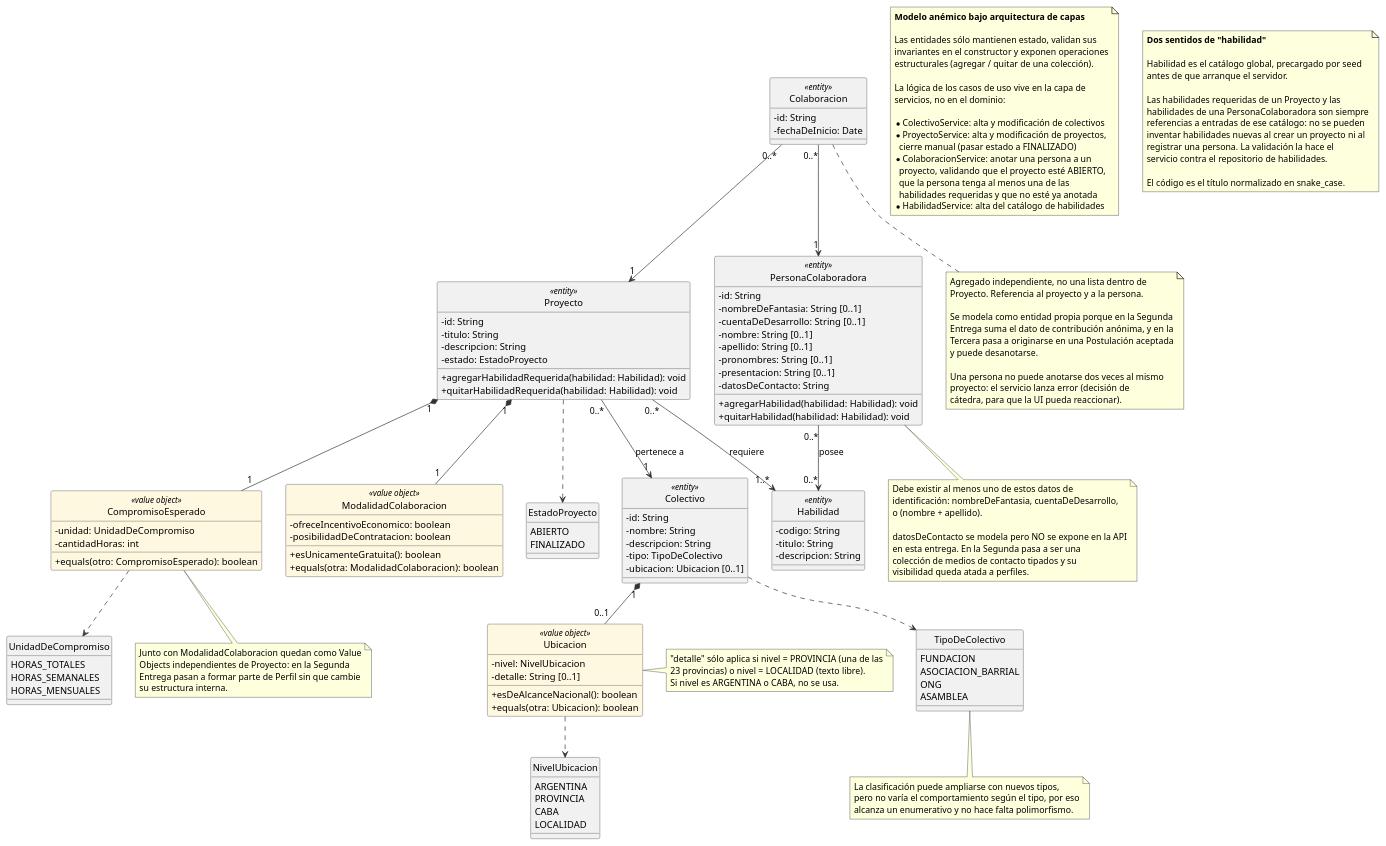
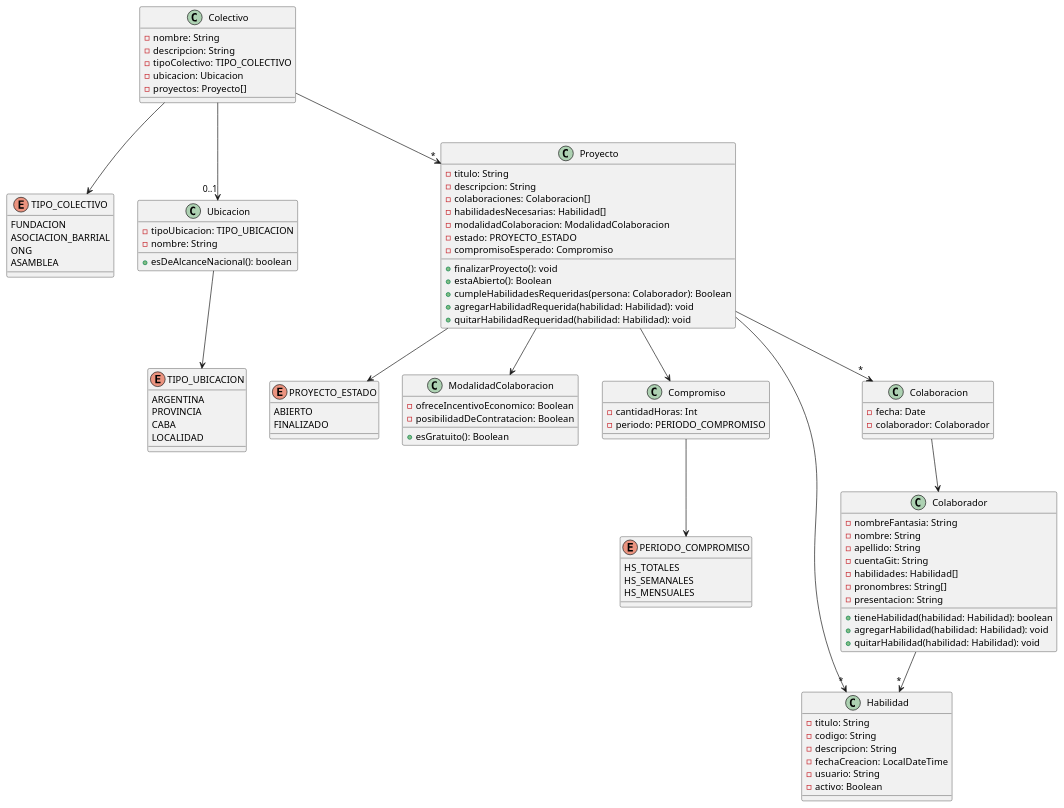
One commit to Mazzini123/tp-desarrollo-2c-2026 changed the diagram in docs/diagrama-de-clases.puml. Above: the diagram before and after it, drawn with PlantUML. The commit also changed 1 other file, not shown here.

Commit message:
Actualizar diagrama de clases (version de Lucio)

```diff
--- a/docs/diagrama-de-clases.puml
+++ b/docs/diagrama-de-clases.puml
@@ -1,194 +1,120 @@
-@startuml CodigoAVoluntad_DiagramaDeClases_Entrega1
-hide circle
-skinparam classAttributeIconSize 0
-skinparam shadowing false
-skinparam class {
-    BackgroundColor<<value object>> #FFF8E1
-    BorderColor #333333
-    ArrowColor #333333
+@startuml
+
+' ───────────────────────── Colectivo y Ubicación ─────────────────────────
+
+class Colectivo {
+  -nombre: String
+  -descripcion: String
+  -tipoColectivo: TIPO_COLECTIVO
+  -ubicacion: Ubicacion
+  -proyectos: Proyecto[]
 }
 
-class Colectivo <<entity>> {
-  - id: String
-  - nombre: String
-  - descripcion: String
-  - tipo: TipoDeColectivo
-  - ubicacion: Ubicacion [0..1]
-}
-
-class Proyecto <<entity>> {
-  - id: String
-  - titulo: String
-  - descripcion: String
-  - estado: EstadoProyecto
-  + agregarHabilidadRequerida(habilidad: Habilidad): void
-  + quitarHabilidadRequerida(habilidad: Habilidad): void
-}
-
-class Habilidad <<entity>> {
-  - codigo: String
-  - titulo: String
-  - descripcion: String
-}
-
-class PersonaColaboradora <<entity>> {
-  - id: String
-  - nombreDeFantasia: String [0..1]
-  - cuentaDeDesarrollo: String [0..1]
-  - nombre: String [0..1]
-  - apellido: String [0..1]
-  - pronombres: String [0..1]
-  - presentacion: String [0..1]
-  - datosDeContacto: String
-  + agregarHabilidad(habilidad: Habilidad): void
-  + quitarHabilidad(habilidad: Habilidad): void
-}
-
-class Colaboracion <<entity>> {
-  - id: String
-  - fechaDeInicio: Date
-}
-
-class Ubicacion <<value object>> {
-  - nivel: NivelUbicacion
-  - detalle: String [0..1]
-  + esDeAlcanceNacional(): boolean
-  + equals(otra: Ubicacion): boolean
-}
-
-class CompromisoEsperado <<value object>> {
-  - unidad: UnidadDeCompromiso
-  - cantidadHoras: int
-  + equals(otro: CompromisoEsperado): boolean
-}
-
-class ModalidadColaboracion <<value object>> {
-  - ofreceIncentivoEconomico: boolean
-  - posibilidadDeContratacion: boolean
-  + esUnicamenteGratuita(): boolean
-  + equals(otra: ModalidadColaboracion): boolean
-}
-
-enum TipoDeColectivo {
+enum TIPO_COLECTIVO {
   FUNDACION
   ASOCIACION_BARRIAL
   ONG
   ASAMBLEA
 }
 
-enum EstadoProyecto {
-  ABIERTO
-  FINALIZADO
+class Ubicacion {
+  -tipoUbicacion: TIPO_UBICACION
+  -nombre: String
+
+  +esDeAlcanceNacional(): boolean
 }
 
-enum NivelUbicacion {
+enum TIPO_UBICACION {
   ARGENTINA
   PROVINCIA
   CABA
   LOCALIDAD
 }
 
-enum UnidadDeCompromiso {
-  HORAS_TOTALES
-  HORAS_SEMANALES
-  HORAS_MENSUALES
+Colectivo --> TIPO_COLECTIVO
+Colectivo --> "*" Proyecto
+Colectivo --> "0..1" Ubicacion
+Ubicacion --> TIPO_UBICACION
+
+' ───────────────────────── Proyecto y Compromiso ─────────────────────────
+
+class Proyecto {
+  -titulo: String
+  -descripcion: String
+  -colaboraciones: Colaboracion[]
+  -habilidadesNecesarias: Habilidad[]
+  -modalidadColaboracion: ModalidadColaboracion
+  -estado: PROYECTO_ESTADO
+  -compromisoEsperado: Compromiso
+
+  +finalizarProyecto(): void
+  +estaAbierto(): Boolean
+  +cumpleHabilidadesRequeridas(persona: Colaborador): Boolean
+  +agregarHabilidadRequerida(habilidad: Habilidad): void
+  +quitarHabilidadRequeridad(habilidad: Habilidad): void
 }
 
-Colectivo "1" *-- "0..1" Ubicacion
-Colectivo ..> TipoDeColectivo
+enum PROYECTO_ESTADO {
+  ABIERTO
+  FINALIZADO
+}
 
-Proyecto "0..*" --> "1" Colectivo : pertenece a
-Proyecto "1" *-- "1" CompromisoEsperado
-Proyecto "1" *-- "1" ModalidadColaboracion
-Proyecto "0..*" --> "1..*" Habilidad : requiere
-Proyecto ..> EstadoProyecto
+class ModalidadColaboracion {
+  -ofreceIncentivoEconomico: Boolean
+  -posibilidadDeContratacion: Boolean
 
-Colaboracion "0..*" --> "1" Proyecto
-Colaboracion "0..*" --> "1" PersonaColaboradora
+  +esGratuito(): Boolean
+}
 
-PersonaColaboradora "0..*" --> "0..*" Habilidad : posee
+class Compromiso {
+  -cantidadHoras: Int
+  -periodo: PERIODO_COMPROMISO
+}
 
-Ubicacion ..> NivelUbicacion
-CompromisoEsperado ..> UnidadDeCompromiso
+enum PERIODO_COMPROMISO {
+  HS_TOTALES
+  HS_SEMANALES
+  HS_MENSUALES
+}
 
-note as N1
-  **Modelo anémico bajo arquitectura de capas**
+Proyecto --> PROYECTO_ESTADO
+Proyecto --> Compromiso
+Proyecto --> ModalidadColaboracion
+Compromiso --> PERIODO_COMPROMISO
 
-  Las entidades sólo mantienen estado, validan sus
-  invariantes en el constructor y exponen operaciones
-  estructurales (agregar / quitar de una colección).
+' ───────────────────────── Habilidad y Colaboración ─────────────────────────
 
-  La lógica de los casos de uso vive en la capa de
-  servicios, no en el dominio:
+class Habilidad {
+  -titulo: String
+  -codigo: String
+  -descripcion: String
+  -fechaCreacion: LocalDateTime
+  -usuario: String
+  -activo: Boolean
+}
 
-  * ColectivoService: alta y modificación de colectivos
-  * ProyectoService: alta y modificación de proyectos,
-    cierre manual (pasar estado a FINALIZADO)
-  * ColaboracionService: anotar una persona a un
-    proyecto, validando que el proyecto esté ABIERTO,
-    que la persona tenga al menos una de las
-    habilidades requeridas y que no esté ya anotada
-  * HabilidadService: alta del catálogo de habilidades
-end note
+class Colaboracion {
+  -fecha: Date
+  -colaborador: Colaborador
+}
 
-note as N2
-  **Dos sentidos de "habilidad"**
+class Colaborador {
+  -nombreFantasia: String
+  -nombre: String
+  -apellido: String
+  -cuentaGit: String
+  -habilidades: Habilidad[]
+  -pronombres: String[]
+  -presentacion: String
 
-  Habilidad es el catálogo global, precargado por seed
-  antes de que arranque el servidor.
+  +tieneHabilidad(habilidad: Habilidad): boolean
+  +agregarHabilidad(habilidad: Habilidad): void
+  +quitarHabilidad(habilidad: Habilidad): void
+}
 
-  Las habilidades requeridas de un Proyecto y las
-  habilidades de una PersonaColaboradora son siempre
-  referencias a entradas de ese catálogo: no se pueden
-  inventar habilidades nuevas al crear un proyecto ni al
-  registrar una persona. La validación la hace el
-  servicio contra el repositorio de habilidades.
-
-  El código es el título normalizado en snake_case.
-end note
-
-note bottom of Colaboracion
-  Agregado independiente, no una lista dentro de
-  Proyecto. Referencia al proyecto y a la persona.
-
-  Se modela como entidad propia porque en la Segunda
-  Entrega suma el dato de contribución anónima, y en la
-  Tercera pasa a originarse en una Postulación aceptada
-  y puede desanotarse.
-
-  Una persona no puede anotarse dos veces al mismo
-  proyecto: el servicio lanza error (decisión de
-  cátedra, para que la UI pueda reaccionar).
-end note
-
-note bottom of PersonaColaboradora
-  Debe existir al menos uno de estos datos de
-  identificación: nombreDeFantasia, cuentaDeDesarrollo,
-  o (nombre + apellido).
-
-  datosDeContacto se modela pero NO se expone en la API
-  en esta entrega. En la Segunda pasa a ser una
-  colección de medios de contacto tipados y su
-  visibilidad queda atada a perfiles.
-end note
-
-note right of Ubicacion
-  "detalle" sólo aplica si nivel = PROVINCIA (una de las
-  23 provincias) o nivel = LOCALIDAD (texto libre).
-  Si nivel es ARGENTINA o CABA, no se usa.
-end note
-
-note bottom of CompromisoEsperado
-  Junto con ModalidadColaboracion quedan como Value
-  Objects independientes de Proyecto: en la Segunda
-  Entrega pasan a formar parte de Perfil sin que cambie
-  su estructura interna.
-end note
-
-note bottom of TipoDeColectivo
-  La clasificación puede ampliarse con nuevos tipos,
-  pero no varía el comportamiento según el tipo, por eso
-  alcanza un enumerativo y no hace falta polimorfismo.
-end note
+Proyecto --> "*" Habilidad
+Proyecto --> "*" Colaboracion
+Colaboracion --> Colaborador
+Colaborador --> "*" Habilidad
 
 @enduml
```
